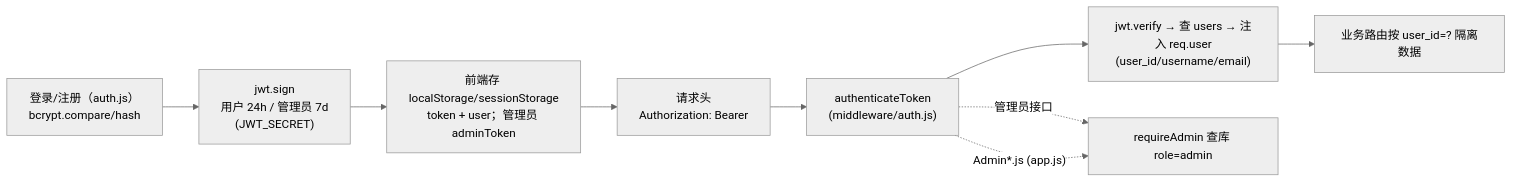
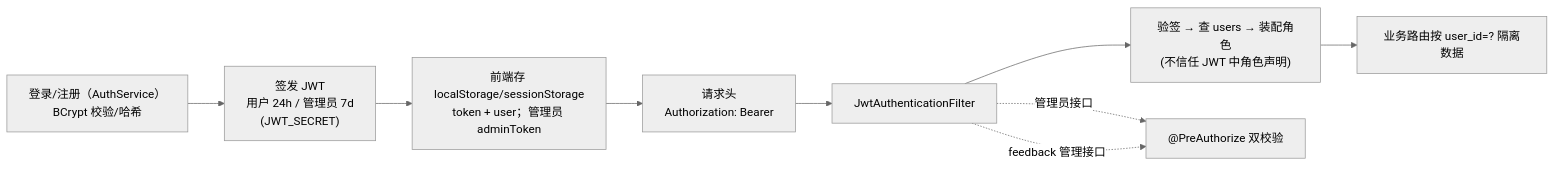
One commit to ljb202510/PGFPlotsGenerator changed the fourth of 8 diagrams in docs/architecture.md. Above: the diagram before and after it, drawn with Mermaid (neutral theme). The commit also changed other lines of this file and 660 other files, not shown here.

````diff
--- a/docs/architecture.md
+++ b/docs/architecture.md
@@ -278,11 +278,11 @@
 ```mermaid
 flowchart LR
-    A["登录/注册（auth.js）<br/>bcrypt.compare/hash"] --> B["jwt.sign<br/>用户 24h / 管理员 7d<br/>(JWT_SECRET)"]
+    A["登录/注册（AuthService）<br/>BCrypt 校验/哈希"] --> B["签发 JWT<br/>用户 24h / 管理员 7d<br/>(JWT_SECRET)"]
     B --> C["前端存 localStorage/sessionStorage<br/>token + user；管理员 adminToken"]
     C --> D["请求头<br/>Authorization: Bearer <token>"]
-    D --> E["authenticateToken<br/>(middleware/auth.js)"]
-    E --> F["jwt.verify → 查 users → 注入 req.user<br/>(user_id/username/email)"]
+    D --> E["JwtAuthenticationFilter"]
+    E --> F["验签 → 查 users → 装配角色<br/>(不信任 JWT 中角色声明)"]
     F --> G["业务路由按 user_id=? 隔离数据"]
-    E -. "管理员接口" .-> H["feedback: checkAdmin 查库 role=admin"]
-    E -. "Admin*.js (app.js)" .-> H["requireAdmin 查库 role=admin"]
+    E -. "管理员接口" .-> H["SecurityConfig 要求 ADMIN<br/>(查库装配角色)"]
+    E -. "feedback 管理接口" .-> H["@PreAuthorize 双校验"]
 ```
````
